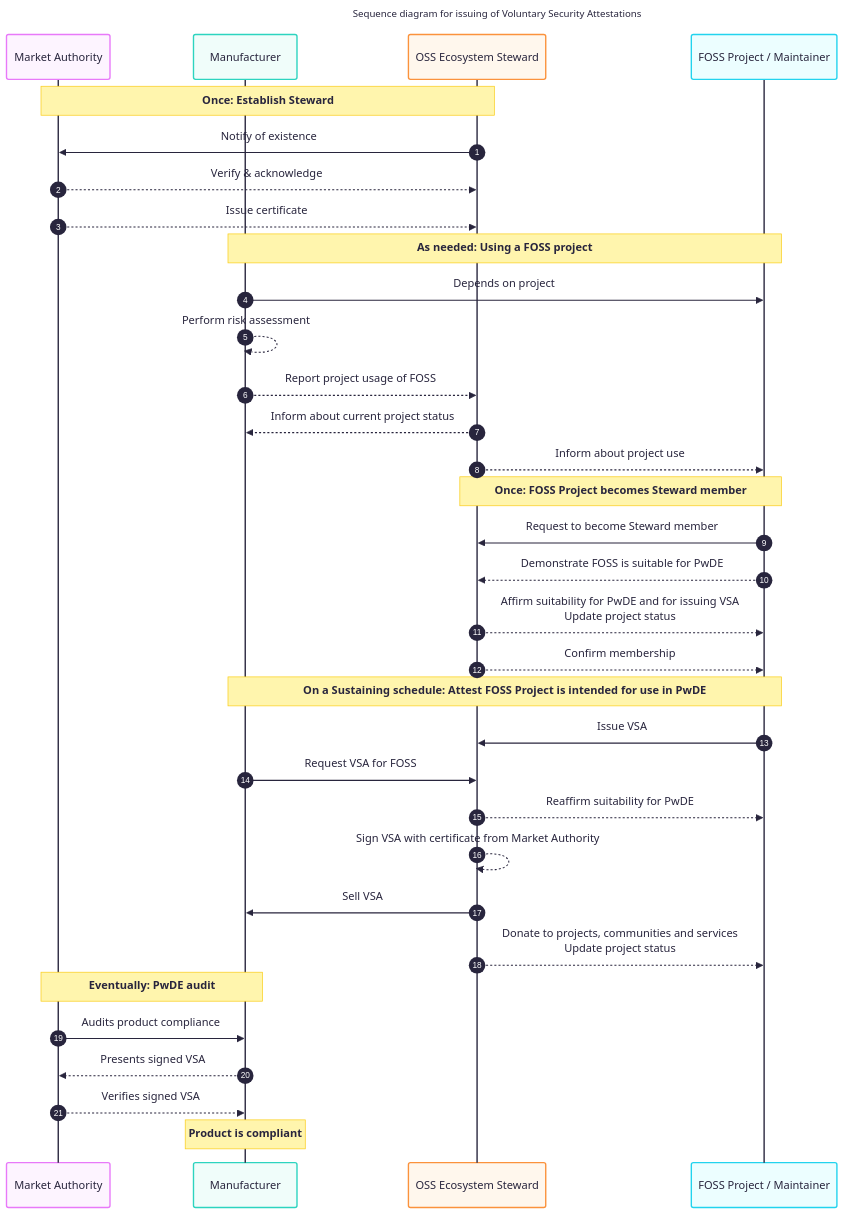
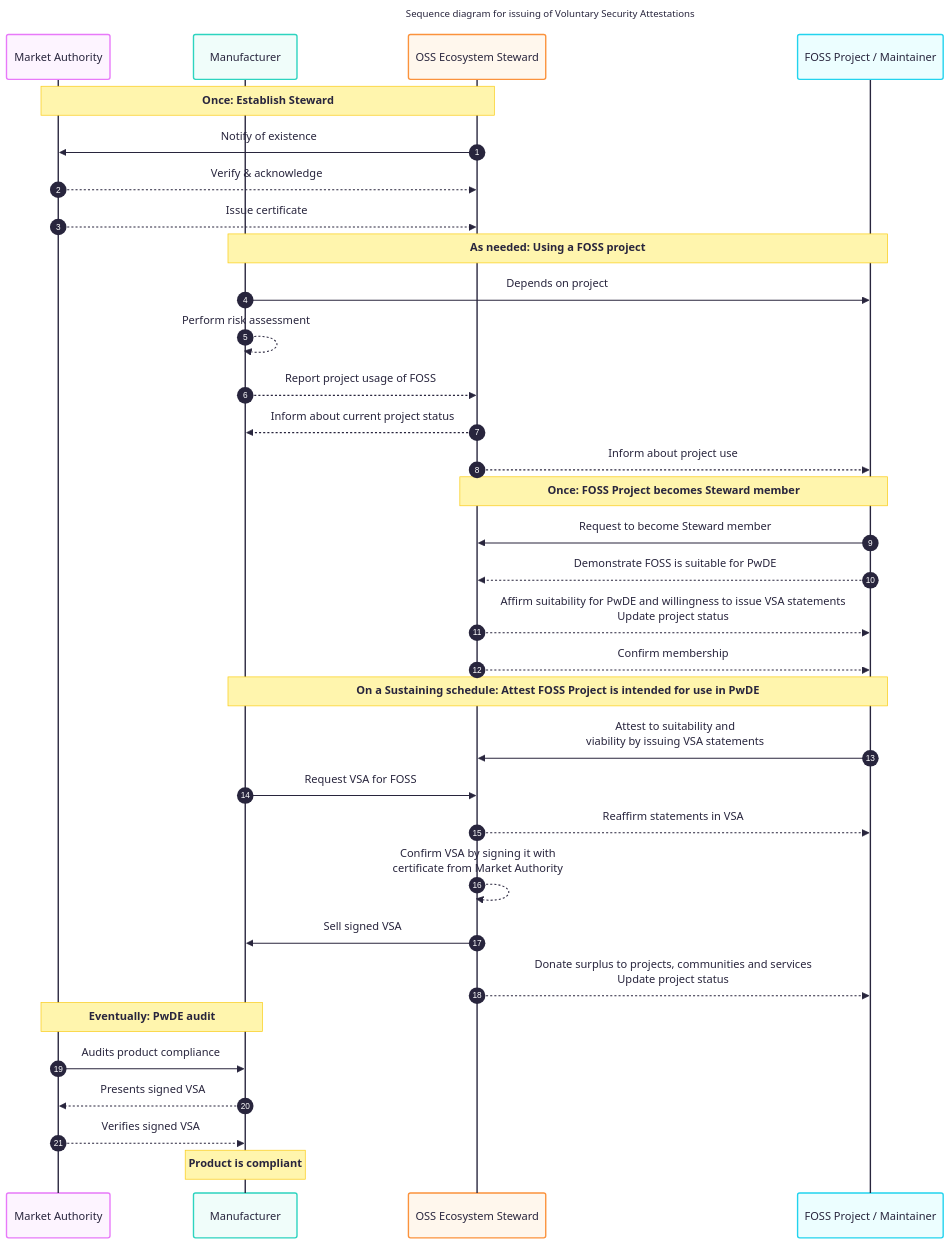
The diagram in docs/ecosystem-steward.md (CPAN-Security/security.metacpan.org), drawn with Mermaid before and after one commit. The commit also changed other lines of this file, not shown here.

Commit message:
Some minor rewording in the diagram; Remove governance details, as this is to be shared later; Add a section about the value proposition.

````diff
--- a/docs/ecosystem-steward.md
+++ b/docs/ecosystem-steward.md
@@ -227,42 +242,42 @@
 ```mermaid
 ---
 title: Sequence diagram for issuing of Voluntary Security Attestations
 config:
     theme: redux-color
     layout: elk
     look: classic
 ---
 sequenceDiagram
     autonumber
     participant MA as Market Authority
     participant MFG as Manufacturer
     participant ES as OSS Ecosystem Steward
     participant FOSS as FOSS Project / Maintainer
     note over MA,ES: Once: Establish Steward
     ES->>MA: Notify of existence
     MA-->>ES: Verify & acknowledge
     MA-->>ES: Issue certificate
     note over MFG,FOSS: As needed: Using a FOSS project
     MFG->>FOSS: Depends on project
     MFG-->>MFG: Perform risk assessment
     MFG-->>ES: Report project usage of FOSS
     ES-->>MFG: Inform about current project status
     ES-->>FOSS: Inform about project use
     note over ES,FOSS: Once: FOSS Project becomes Steward member
     FOSS->>ES: Request to become Steward member
     FOSS-->>ES: Demonstrate FOSS is suitable for PwDE
-    ES-->>FOSS: Affirm suitability for PwDE and for issuing VSA<br>Update project status
+    ES-->>FOSS: Affirm suitability for PwDE and willingness to issue VSA statements<br>Update project status
     ES-->>FOSS: Confirm membership
     note over MFG,FOSS: On a Sustaining schedule: Attest FOSS Project is intended for use in PwDE
-    FOSS->>ES: Issue VSA
+    FOSS->>ES: Attest to suitability and<br>viability by issuing VSA statements
     MFG->>ES: Request VSA for FOSS
-    ES-->>FOSS: Reaffirm suitability for PwDE
-    ES-->>ES: Sign VSA with certificate from Market Authority
-    ES->>MFG: Sell VSA
-    ES-->>FOSS: Donate to projects, communities and services<br>Update project status
+    ES-->>FOSS: Reaffirm statements in VSA
+    ES-->>ES: Confirm VSA by signing it with<br>certificate from Market Authority
+    ES->>MFG: Sell signed VSA
+    ES-->>FOSS: Donate surplus to projects, communities and services<br>Update project status
     note over MA,MFG: Eventually: PwDE audit
     MA->>MFG: Audits product compliance
     MFG-->>MA: Presents signed VSA
     MA-->>MFG: Verifies signed VSA
     note over MFG: Product is compliant
 ```
````
